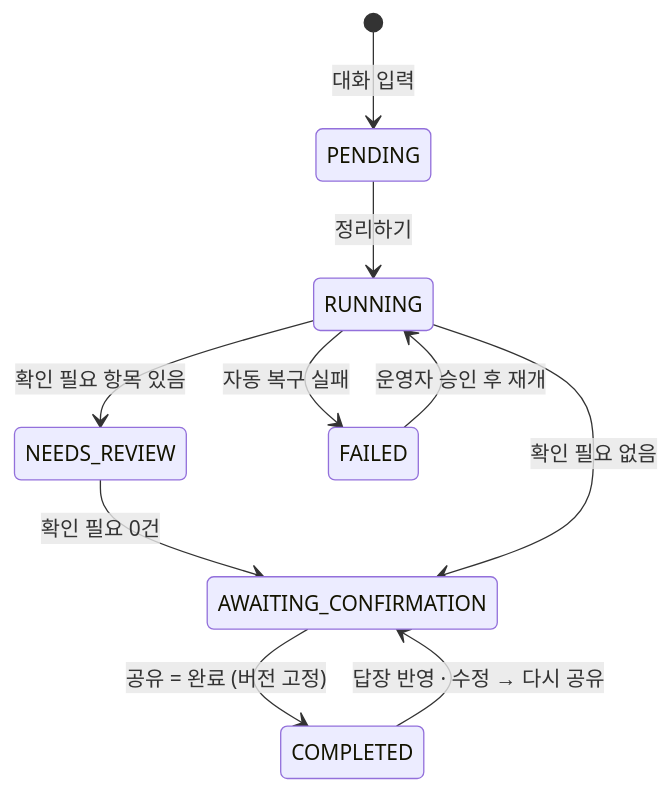
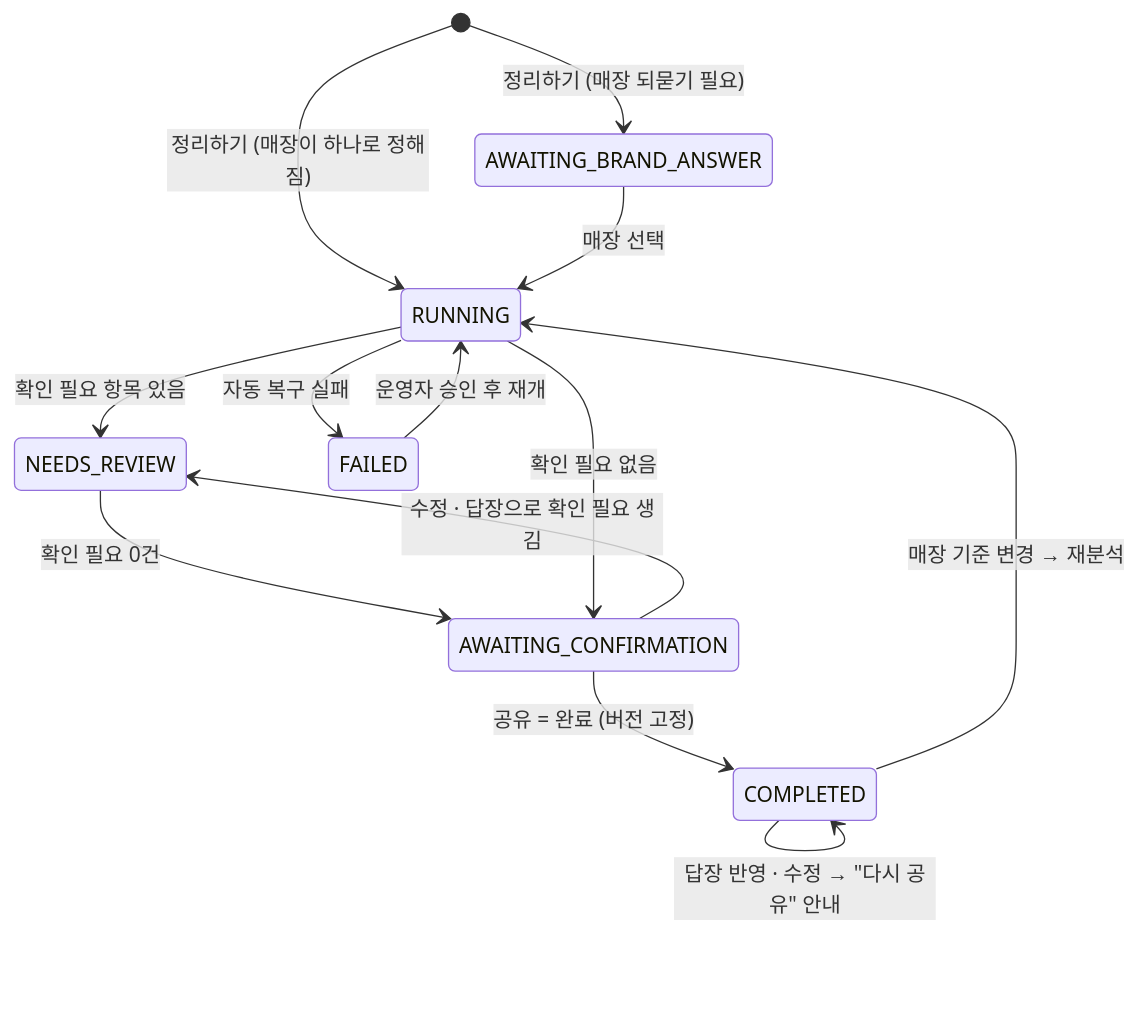
One commit to 931njhthe-star/moa changed the sixth of 10 diagrams in docs/PRD.md. Above: the diagram before and after it, drawn with Mermaid. The commit also changed other lines of this file, not shown here.

````diff
--- a/docs/PRD.md
+++ b/docs/PRD.md
@@ -369,12 +389,15 @@
 ```mermaid
 stateDiagram-v2
-    [*] --> PENDING: 대화 입력
-    PENDING --> RUNNING: 정리하기
+    [*] --> RUNNING: 정리하기 (매장이 하나로 정해짐)
+    [*] --> AWAITING_BRAND_ANSWER: 정리하기 (매장 되묻기 필요)
+    AWAITING_BRAND_ANSWER --> RUNNING: 매장 선택
     RUNNING --> NEEDS_REVIEW: 확인 필요 항목 있음
     NEEDS_REVIEW --> AWAITING_CONFIRMATION: 확인 필요 0건
+    AWAITING_CONFIRMATION --> NEEDS_REVIEW: 수정 · 답장으로 확인 필요 생김
     RUNNING --> AWAITING_CONFIRMATION: 확인 필요 없음
     AWAITING_CONFIRMATION --> COMPLETED: 공유 = 완료 (버전 고정)
-    COMPLETED --> AWAITING_CONFIRMATION: 답장 반영 · 수정 → 다시 공유
+    COMPLETED --> COMPLETED: 답장 반영 · 수정 → "다시 공유" 안내
+    COMPLETED --> RUNNING: 매장 기준 변경 → 재분석
     RUNNING --> FAILED: 자동 복구 실패
     FAILED --> RUNNING: 운영자 승인 후 재개
 ```
````
